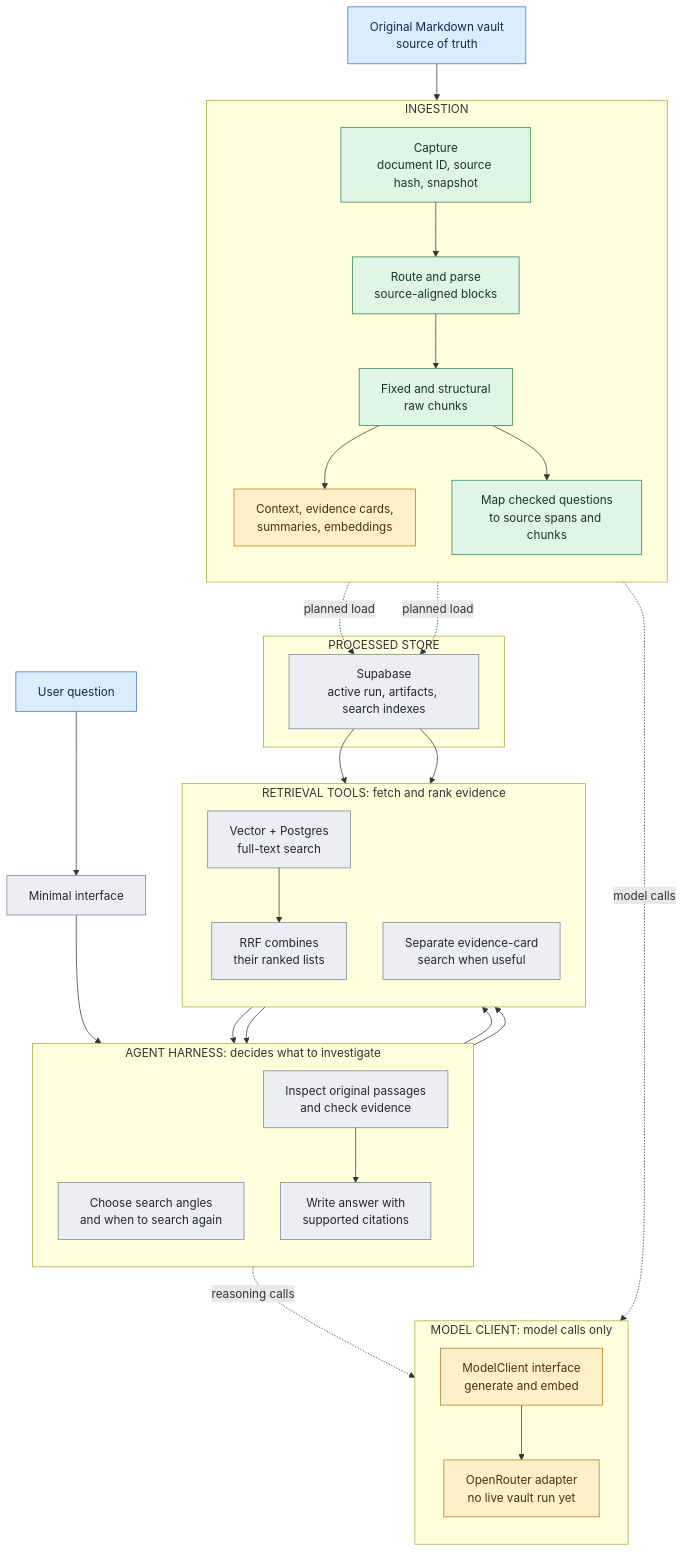
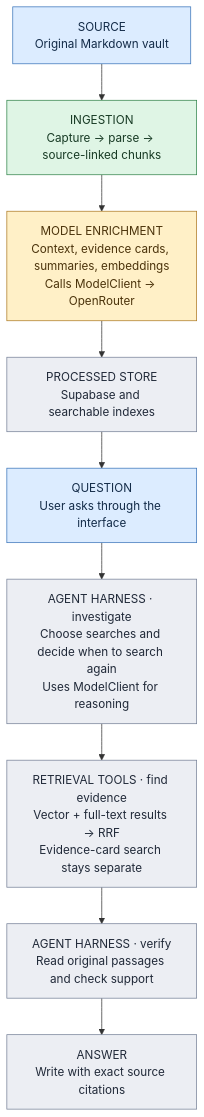
Before and after one commit to matteop92/knowledge-base-agent: the diagram in SYSTEM.md, drawn with Mermaid. The commit also changed other lines of this file, not shown here.

Commit message:
docs: simplify system diagram into one clear sequence

````diff
--- a/SYSTEM.md
+++ b/SYSTEM.md
@@ -5,53 +5,23 @@
 ```mermaid
 flowchart TB
-    SRC["Original Markdown vault<br/>source of truth"] --> CAP
+    SOURCE["SOURCE<br/>Original Markdown vault"]
+    INGEST["INGESTION<br/>Capture → parse → source-linked chunks"]
+    ENRICH["MODEL ENRICHMENT<br/>Context, evidence cards, summaries, embeddings<br/>Calls ModelClient → OpenRouter"]
+    STORE["PROCESSED STORE<br/>Supabase and searchable indexes"]
+    ASK["QUESTION<br/>User asks through the interface"]
+    PLAN["AGENT HARNESS · investigate<br/>Choose searches and decide when to search again<br/>Uses ModelClient for reasoning"]
+    SEARCH["RETRIEVAL TOOLS · find evidence<br/>Vector + full-text results → RRF<br/>Evidence-card search stays separate"]
+    CHECK["AGENT HARNESS · verify<br/>Read original passages and check support"]
+    ANSWER["ANSWER<br/>Write with exact source citations"]
 
-    subgraph ING["INGESTION"]
-        direction TB
-        CAP["Capture<br/>document ID, source hash, snapshot"] --> PARSE["Route and parse<br/>source-aligned blocks"]
-        PARSE --> CHUNK["Fixed and structural<br/>raw chunks"]
-        CHUNK --> ENRICH["Context, evidence cards,<br/>summaries, embeddings"]
-        CHUNK --> EVAL["Map checked questions<br/>to source spans and chunks"]
-    end
-
-    subgraph MODELS["MODEL CLIENT: model calls only"]
-        direction TB
-        CLIENT["ModelClient interface<br/>generate and embed"] --> OPENROUTER["OpenRouter adapter<br/>no live vault run yet"]
-    end
-    ENRICH -. model calls .-> CLIENT
-
-    subgraph STORE["PROCESSED STORE"]
-        DB["Supabase<br/>active run, artifacts, search indexes"]
-    end
-    CHUNK -. planned load .-> DB
-    ENRICH -. planned load .-> DB
-
-    QUESTION["User question"] --> UI["Minimal interface"] --> PLAN
-    subgraph HARNESS["AGENT HARNESS: decides what to investigate"]
-        direction TB
-        PLAN["Choose search angles<br/>and when to search again"]
-        READ["Inspect original passages<br/>and check evidence"] --> ANSWER["Write answer with<br/>supported citations"]
-    end
-    PLAN -. reasoning calls .-> CLIENT
-
-    subgraph RETRIEVAL["RETRIEVAL TOOLS: fetch and rank evidence"]
-        direction TB
-        SEARCH["Vector + Postgres<br/>full-text search"] --> RRF["RRF combines<br/>their ranked lists"]
-        CARDS["Separate evidence-card<br/>search when useful"]
-    end
-    PLAN --> SEARCH
-    PLAN --> CARDS
-    DB --> SEARCH
-    DB --> CARDS
-    RRF --> READ
-    CARDS --> READ
+    SOURCE --> INGEST --> ENRICH --> STORE --> ASK --> PLAN --> SEARCH --> CHECK --> ANSWER
 
     classDef source fill:#dcecff,stroke:#3973b9,color:#132b48
     classDef working fill:#dff5e5,stroke:#30834a,color:#173a24
     classDef coded fill:#fff0c7,stroke:#ad7923,color:#4b330b
     classDef planned fill:#eceef3,stroke:#758097,color:#202938
-    class SRC,QUESTION source
-    class CAP,PARSE,CHUNK,EVAL working
-    class ENRICH,CLIENT,OPENROUTER coded
-    class DB,UI,PLAN,READ,ANSWER,SEARCH,RRF,CARDS planned
+    class SOURCE,ASK source
+    class INGEST working
+    class ENRICH coded
+    class STORE,PLAN,SEARCH,CHECK,ANSWER planned
 ```
````
